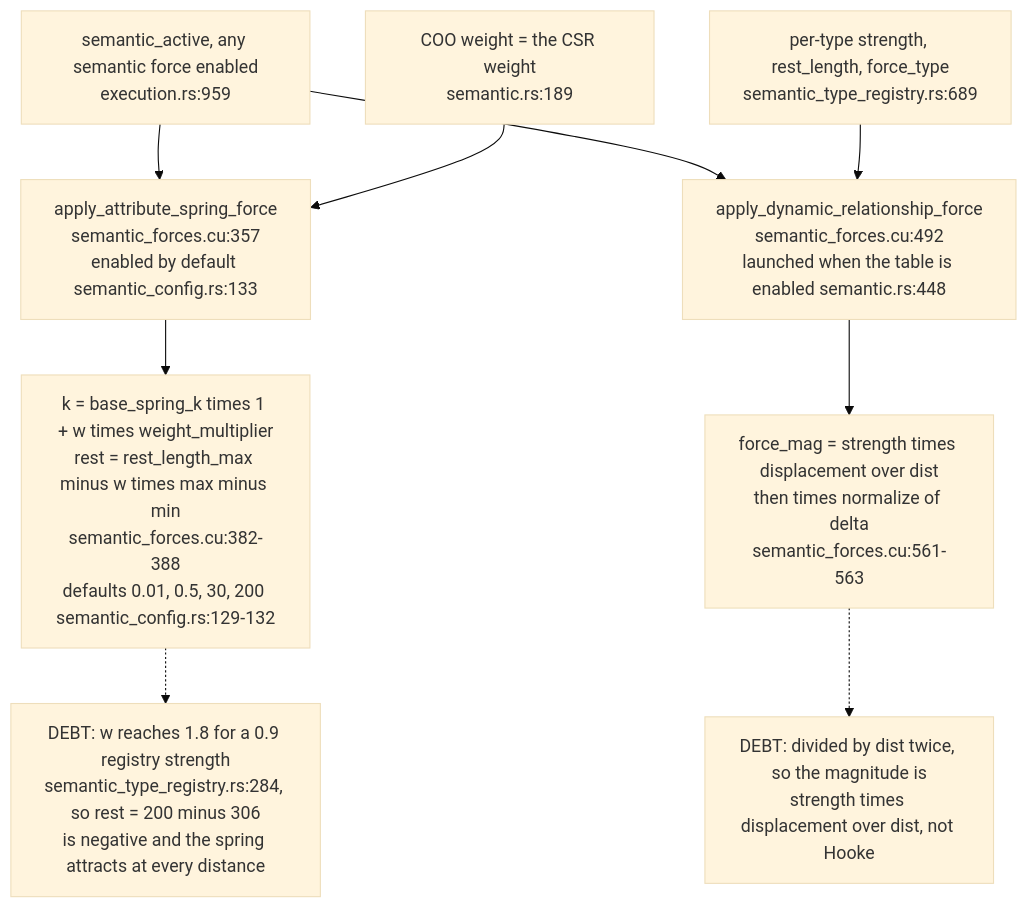
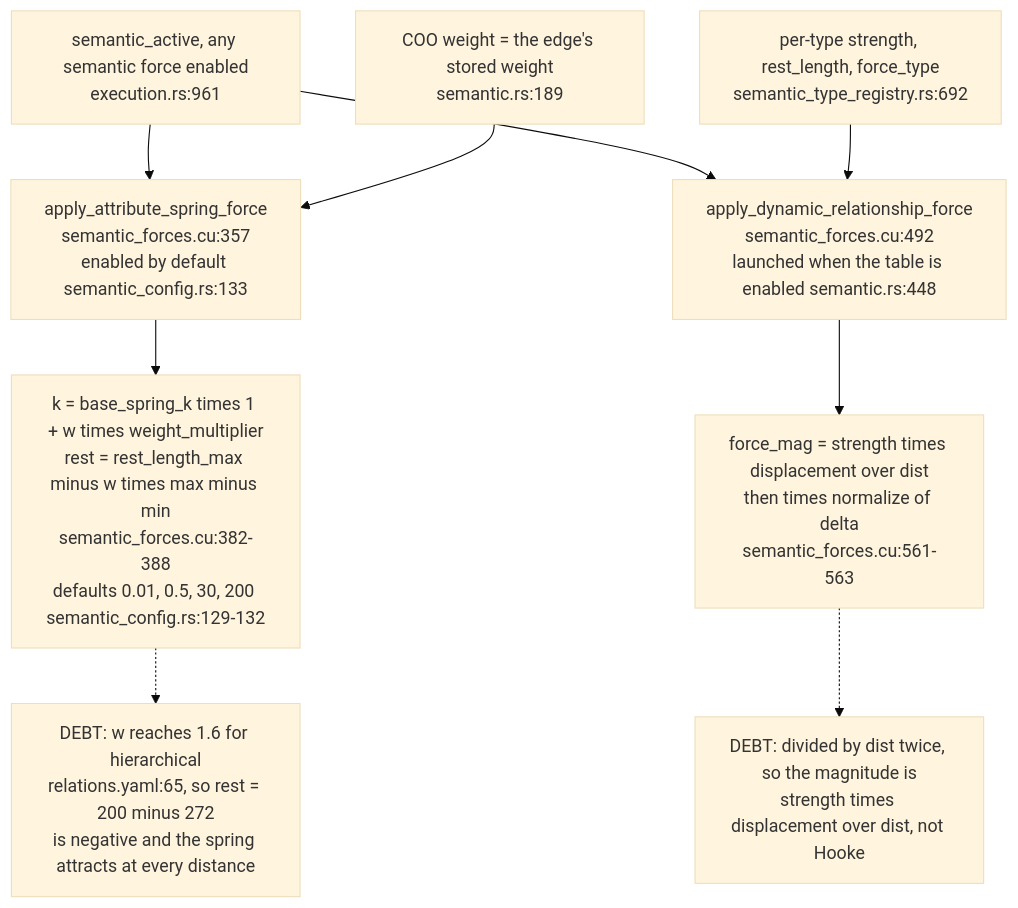
Before and after one commit to DreamLab-AI/VisionFlow: the fourth of 5 diagrams in docs/diagrams/visionclaw/59-force-terms-and-where-configured.md, drawn with Mermaid (base theme). The commit also changed other lines of this file and 2 other files, not shown here.

First line of the commit message:
diagrams(visionclaw): re-verify VC-59, VC-60, VC-61 at visionclaw 4900ec60b

````diff
--- a/docs/diagrams/visionclaw/59-force-terms-and-where-configured.md
+++ b/docs/diagrams/visionclaw/59-force-terms-and-where-configured.md
@@ -97,11 +99,11 @@
 ```mermaid
 flowchart TB
-    ACT["semantic_active, any semantic force enabled<br/>execution.rs:959"] --> AS["apply_attribute_spring_force<br/>semantic_forces.cu:357<br/>enabled by default semantic_config.rs:133"]
+    ACT["semantic_active, any semantic force enabled<br/>execution.rs:961"] --> AS["apply_attribute_spring_force<br/>semantic_forces.cu:357<br/>enabled by default semantic_config.rs:133"]
     ACT --> DY["apply_dynamic_relationship_force<br/>semantic_forces.cu:492<br/>launched when the table is enabled semantic.rs:448"]
-    WT["COO weight = the CSR weight<br/>semantic.rs:189"] --> AS
+    WT["COO weight = the edge's stored weight<br/>semantic.rs:189"] --> AS
     AS --> ASL["k = base_spring_k times 1 + w times weight_multiplier<br/>rest = rest_length_max minus w times max minus min<br/>semantic_forces.cu:382-388<br/>defaults 0.01, 0.5, 30, 200 semantic_config.rs:129-132"]
-    ASL -.-> NEG["DEBT: w reaches 1.8 for a 0.9 registry strength<br/>semantic_type_registry.rs:284, so rest = 200 minus 306<br/>is negative and the spring attracts at every distance"]
-    TAB["per-type strength, rest_length, force_type<br/>semantic_type_registry.rs:689"] --> DY
+    ASL -.-> NEG["DEBT: w reaches 1.6 for hierarchical<br/>relations.yaml:65, so rest = 200 minus 272<br/>is negative and the spring attracts at every distance"]
+    TAB["per-type strength, rest_length, force_type<br/>semantic_type_registry.rs:692"] --> DY
     DY --> DYL["force_mag = strength times displacement over dist<br/>then times normalize of delta<br/>semantic_forces.cu:561-563"]
     DYL -.-> TWICE["DEBT: divided by dist twice, so the magnitude is<br/>strength times displacement over dist, not Hooke"]
 ```
````
